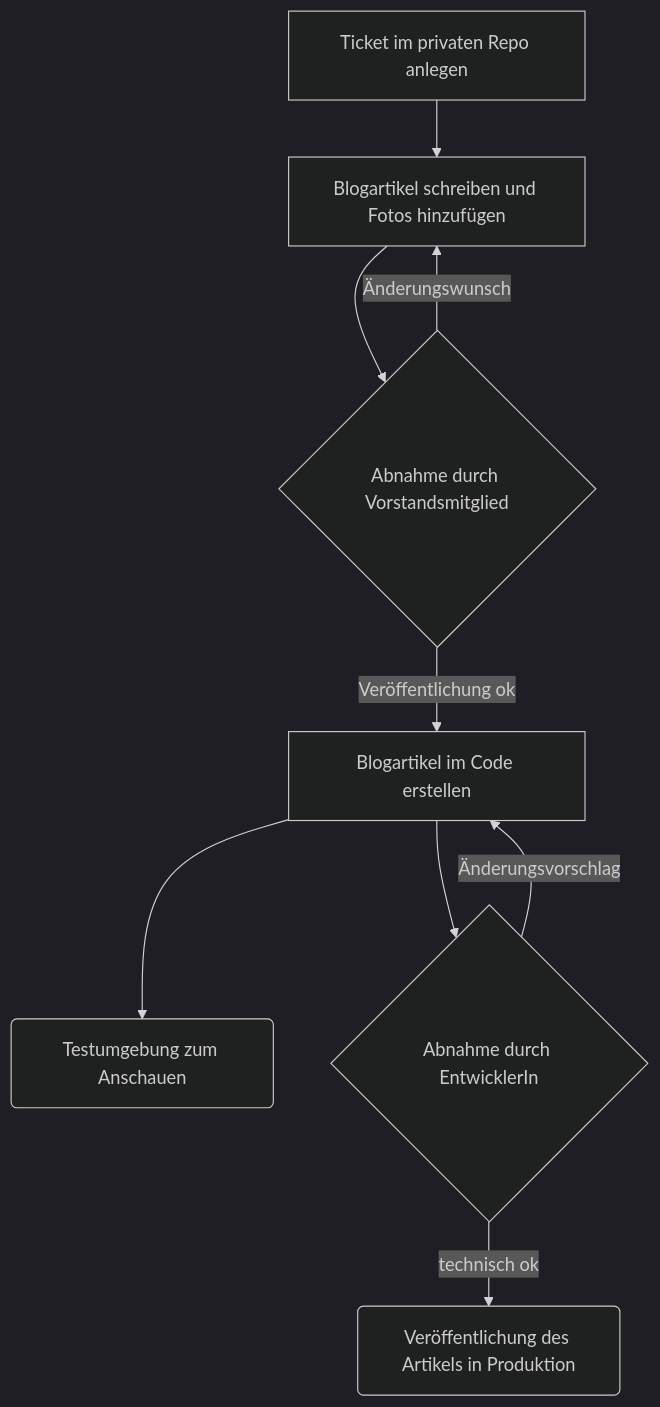
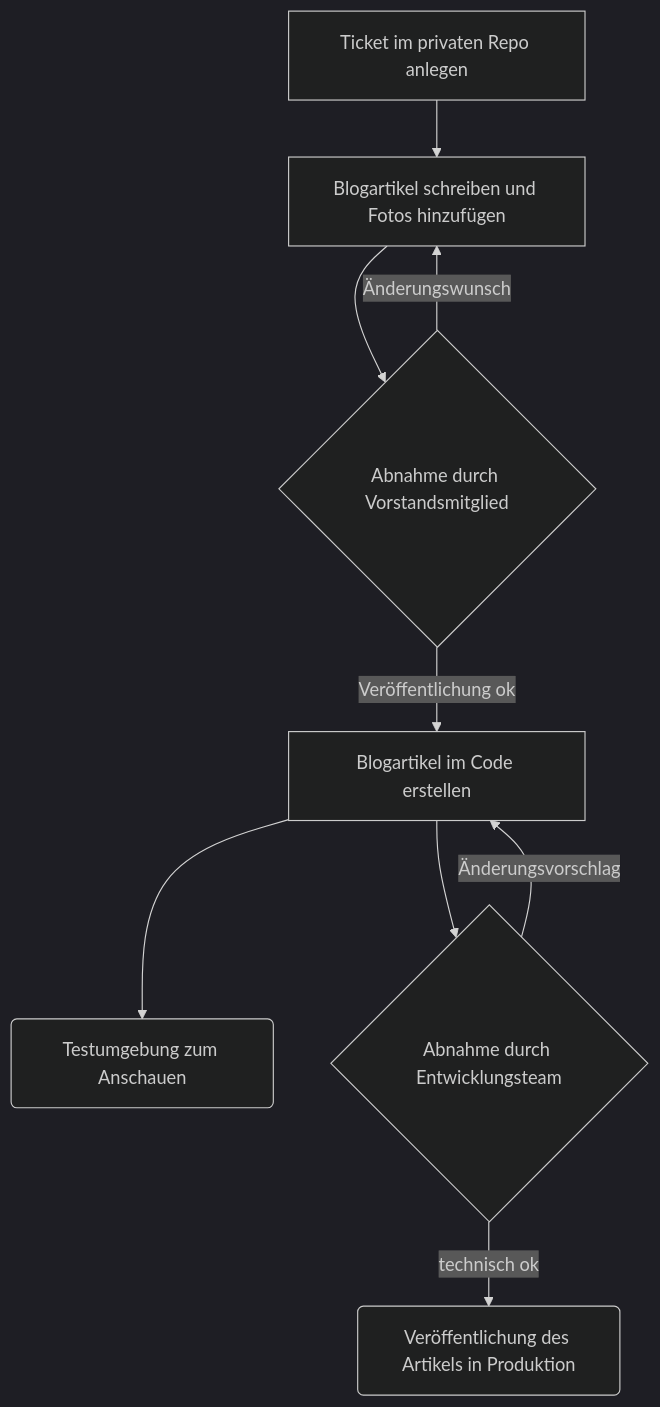
The diagram in README.md (Feuerwehr-Kronshagen/homepage), drawn with Mermaid (dark theme) before and after one commit. The commit also changed other lines of this file, not shown here.

````diff
--- a/README.md
+++ b/README.md
@@ -43,18 +43,18 @@
 ```mermaid
 flowchart TD
   private[Ticket im privaten Repo anlegen]
   write[Blogartikel schreiben und Fotos hinzufügen]
   review{Abnahme durch Vorstandsmitglied}
   code[Blogartikel im Code erstellen]
   test(Testumgebung zum Anschauen)
-  pr{Abnahme durch EntwicklerIn}
+  pr{Abnahme durch Entwicklungsteam}
   prod(Veröffentlichung des Artikels in Produktion)
   private --> write
   write --> review
   review -->|Veröffentlichung ok| code
   review -->|Änderungswunsch| write
   code --> test
   code --> pr
   pr -->|technisch ok| prod
   pr -->|Änderungsvorschlag| code
 ```
````
